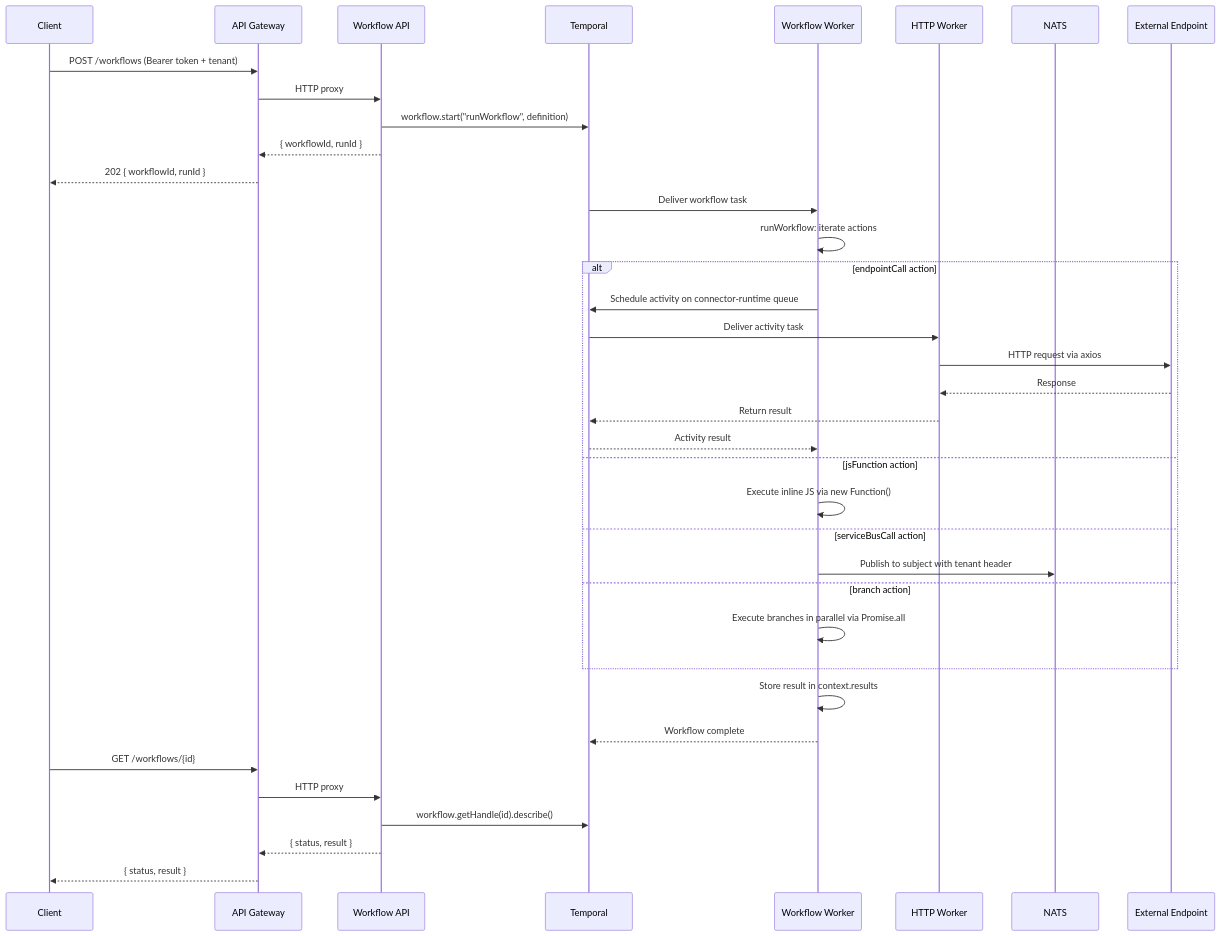
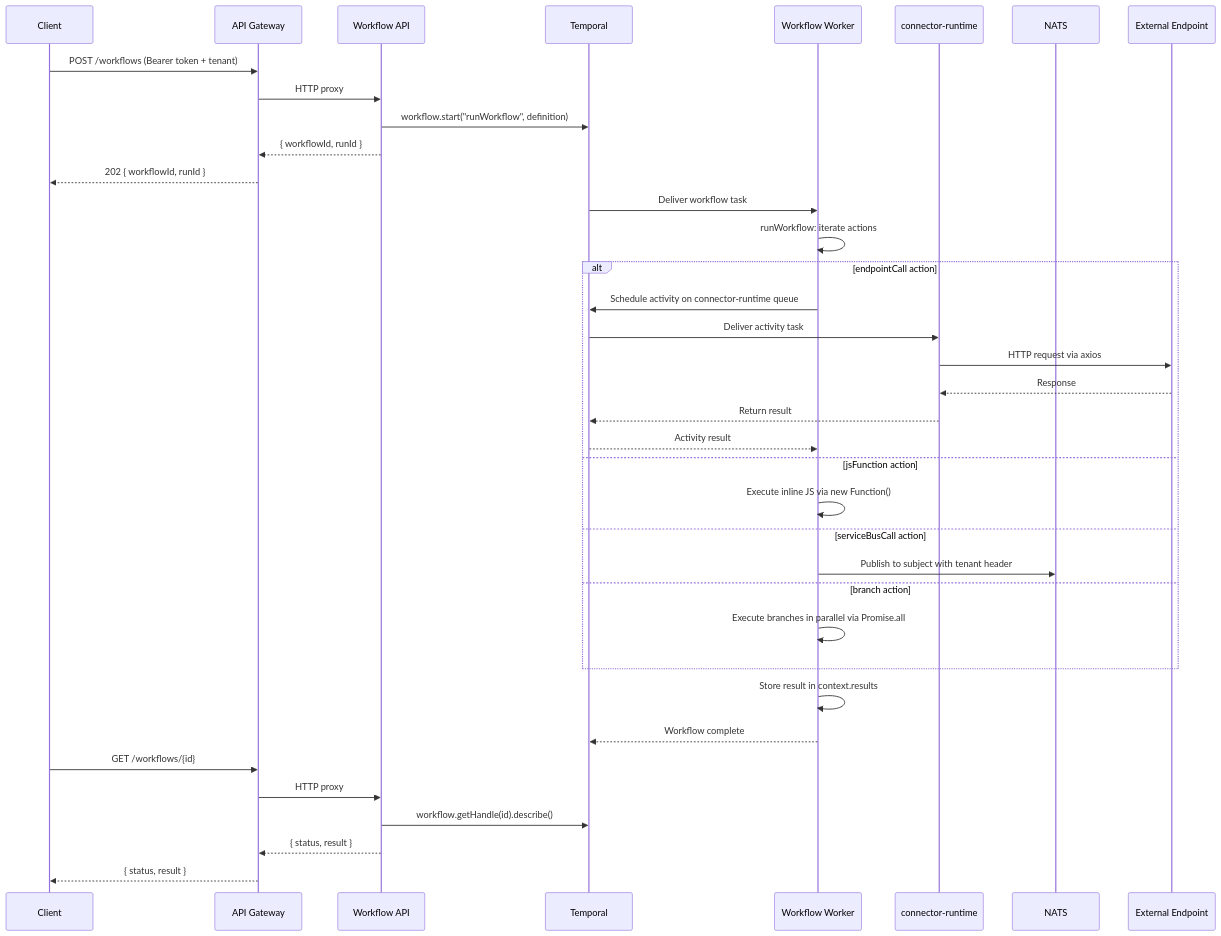
One commit to ccarnero/colloqui changed the third of 11 diagrams in DOCS/01-ARCHITECTURE.md. Above: the diagram before and after it, drawn with Mermaid. The commit also changed other lines of this file and 857 other files, not shown here.

````diff
--- a/DOCS/01-ARCHITECTURE.md
+++ b/DOCS/01-ARCHITECTURE.md
@@ -147,44 +147,44 @@
 ```mermaid
 sequenceDiagram
     participant C as Client
     participant GW as API Gateway
     participant WF as Workflow API
     participant T as Temporal
     participant WW as Workflow Worker
-    participant HW as HTTP Worker
+    participant HW as connector-runtime
     participant NATS as NATS
     participant EXT as External Endpoint
 
     C->>GW: POST /workflows (Bearer token + tenant)
     GW->>WF: HTTP proxy
     WF->>T: workflow.start("runWorkflow", definition)
     WF-->>GW: { workflowId, runId }
     GW-->>C: 202 { workflowId, runId }
 
     T->>WW: Deliver workflow task
     WW->>WW: runWorkflow: iterate actions
 
     alt endpointCall action
         WW->>T: Schedule activity on connector-runtime queue
         T->>HW: Deliver activity task
         HW->>EXT: HTTP request via axios
         EXT-->>HW: Response
         HW-->>T: Return result
         T-->>WW: Activity result
     else jsFunction action
         WW->>WW: Execute inline JS via new Function()
     else serviceBusCall action
         WW->>NATS: Publish to subject with tenant header
     else branch action
         WW->>WW: Execute branches in parallel via Promise.all
     end
 
     WW->>WW: Store result in context.results
     WW-->>T: Workflow complete
 
     C->>GW: GET /workflows/{id}
     GW->>WF: HTTP proxy
     WF->>T: workflow.getHandle(id).describe()
     WF-->>GW: { status, result }
     GW-->>C: { status, result }
 ```
````
